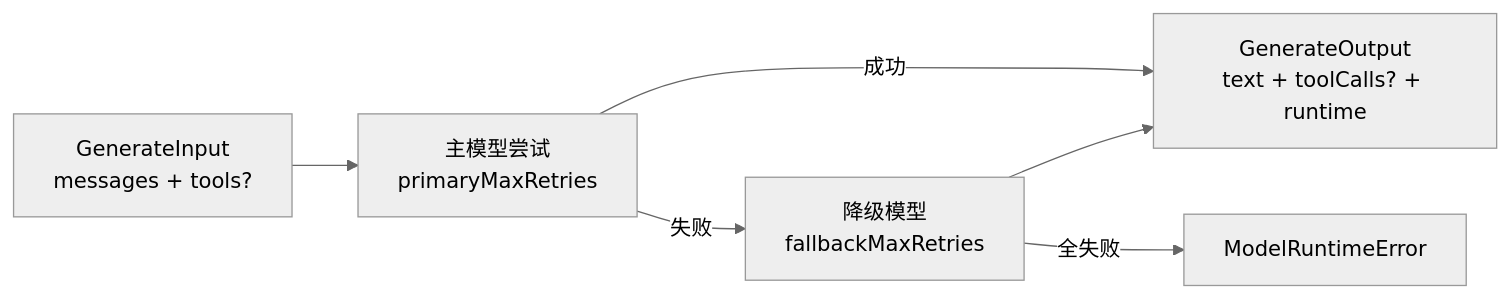
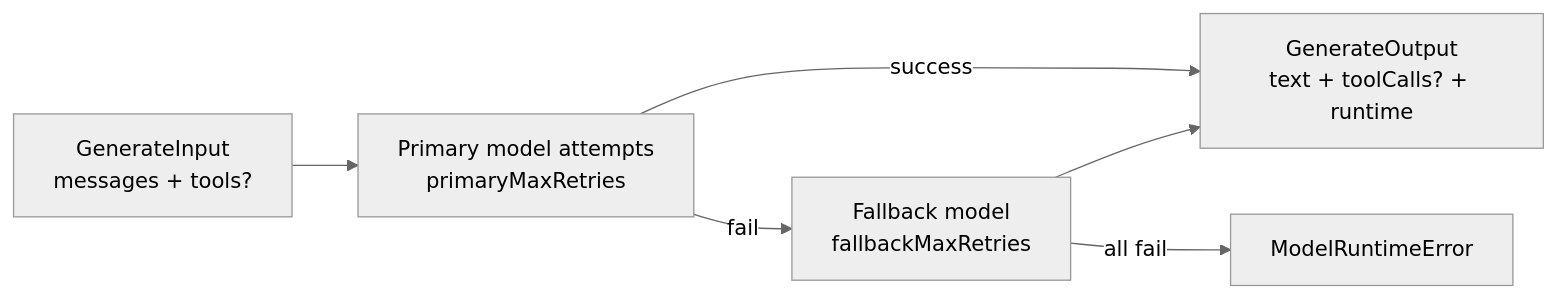
Before and after one commit to KRISACHAN/ying-ai: the third of 3 diagrams in packages/ai-core/README.md, drawn with Mermaid (neutral theme). The commit also changed other lines of this file and 205 other files, not shown here.

````diff
--- a/packages/ai-core/README.md
+++ b/packages/ai-core/README.md
@@ -309,8 +311,8 @@
 ```mermaid
 flowchart LR
-  IN["GenerateInput\nmessages + tools?"] --> P1["主模型尝试\nprimaryMaxRetries"]
-  P1 -->|失败| P2["降级模型\nfallbackMaxRetries"]
-  P1 -->|成功| OUT["GenerateOutput\ntext + toolCalls? + runtime"]
+  IN["GenerateInput\nmessages + tools?"] --> P1["Primary model attempts\nprimaryMaxRetries"]
+  P1 -->|fail| P2["Fallback model\nfallbackMaxRetries"]
+  P1 -->|success| OUT["GenerateOutput\ntext + toolCalls? + runtime"]
   P2 --> OUT
-  P2 -->|全失败| ERR["ModelRuntimeError"]
+  P2 -->|all fail| ERR["ModelRuntimeError"]
 ```
````
